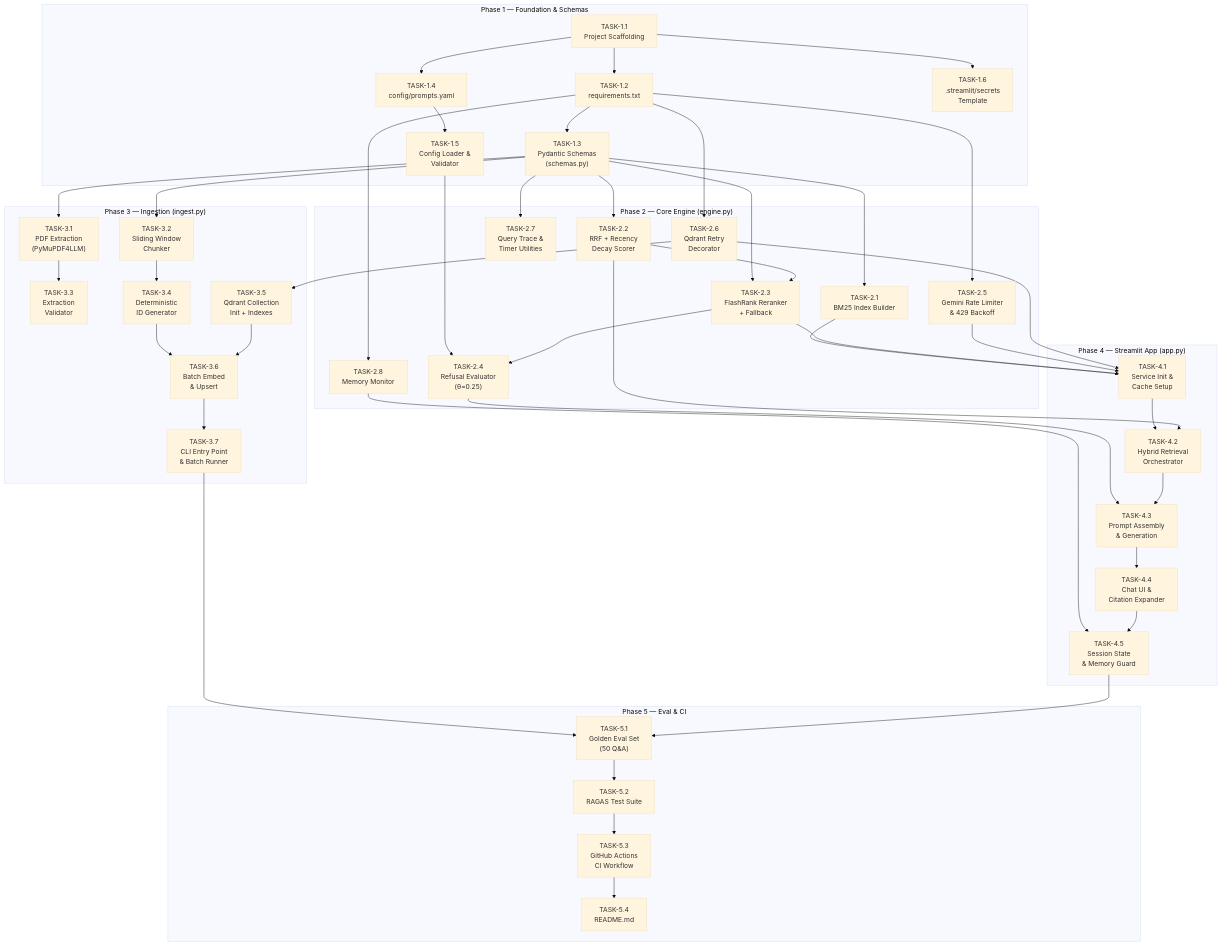
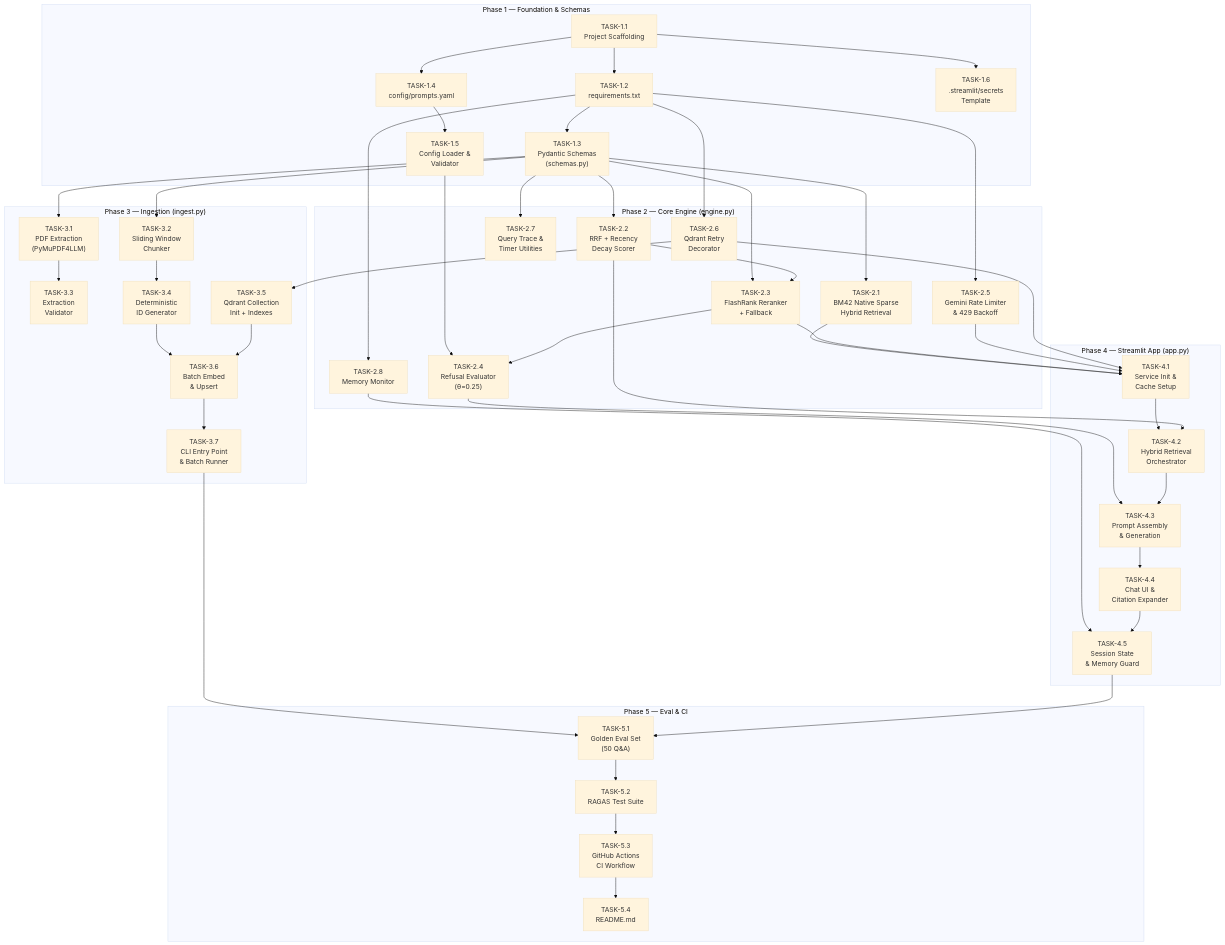
The diagram in mdfiles/PLAN.md (swaritbkp/wealth-chronicle-rag), drawn with Mermaid (base theme) before and after one commit. The commit also changed 7 other files, not shown here.

Commit message:
feat(ui-docs): overhaul terminal UI/UX, synchronize mdfiles diagrams, and add optimization audit

```diff
--- a/mdfiles/PLAN.md
+++ b/mdfiles/PLAN.md
@@ -22,7 +22,7 @@
     end
 
     subgraph "Phase 2 — Core Engine (engine.py)"
-        T2_1["TASK-2.1<br/>BM25 Index Builder"]
+        T2_1["TASK-2.1<br/>BM42 Native Sparse<br/>Hybrid Retrieval"]
         T2_2["TASK-2.2<br/>RRF + Recency<br/>Decay Scorer"]
         T2_3["TASK-2.3<br/>FlashRank Reranker<br/>+ Fallback"]
         T2_4["TASK-2.4<br/>Refusal Evaluator<br/>(θ=0.25)"]
```
